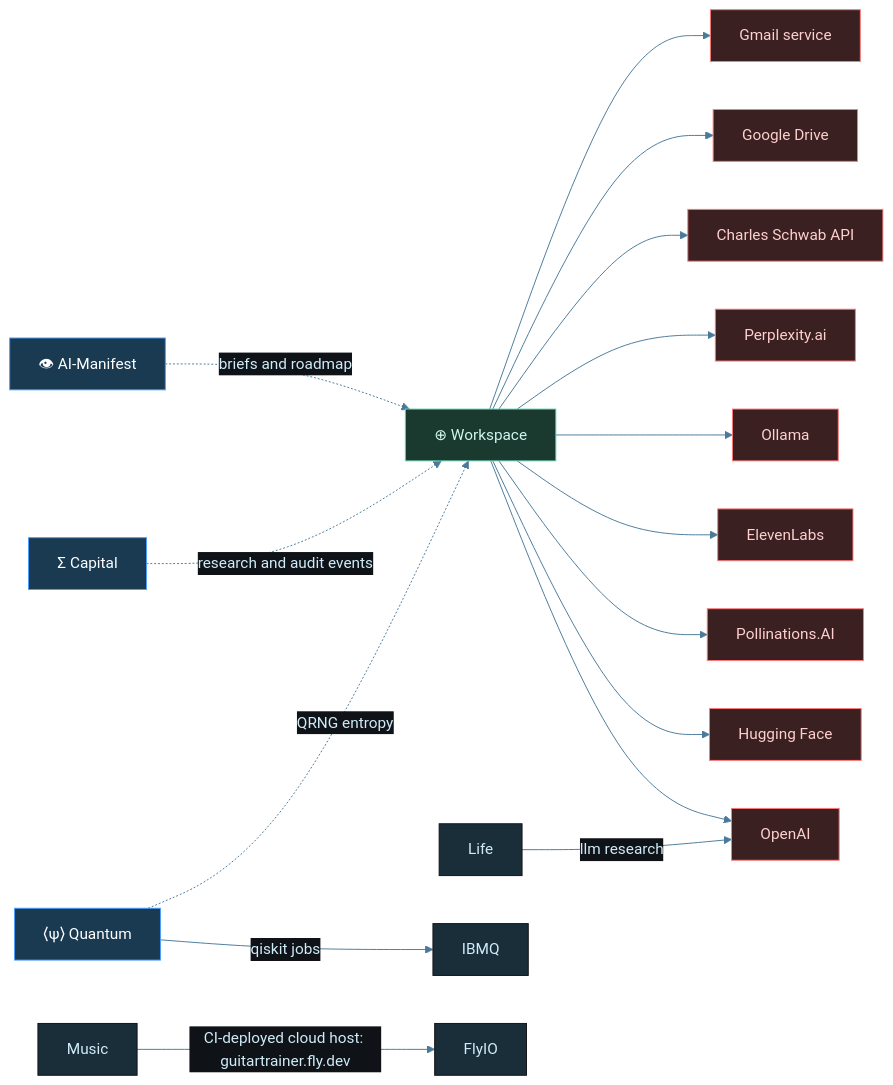
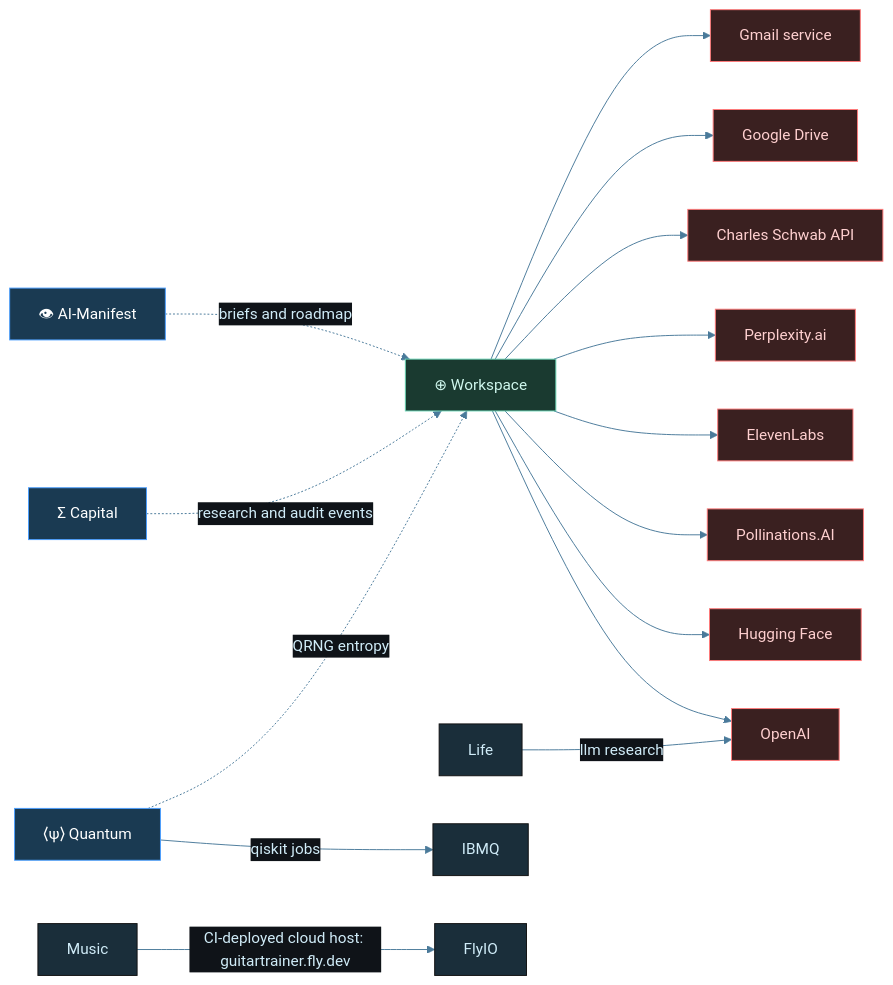
The diagram in diagrams/workspace-derived-services.mmd (tylerdrakemusic/-Workspace), drawn with Mermaid before and after one commit. The commit also changed 9 other files, not shown here.

Commit message:
⊕ workspace: FR-20260909 retire Ollama workspace-wide

```diff
--- a/diagrams/workspace-derived-services.mmd
+++ b/diagrams/workspace-derived-services.mmd
@@ -1,25 +1,24 @@
 %%{init: {'theme': 'base', 'themeVariables': {'primaryColor': '#1a2e3a', 'primaryTextColor': '#d0ecf8', 'edgeLabelBackground': '#0f1318', 'lineColor': '#4a7a9a'}}}%%
 %% is_derived_view=true
 %% Traceability.parent: diagrams/workspace-integrations.mmd
 graph LR
     Workspace[⊕ Workspace] --> OpenAI[OpenAI]
     Life -->|llm research| OpenAI
     Music -->|CI-deployed cloud host: guitartrainer.fly.dev| FlyIO
     Quantum -->|qiskit jobs| IBMQ
     Workspace --> HF[Hugging Face]
     Workspace --> Pollinations[Pollinations.AI]
     Workspace --> ElevenLabs[ElevenLabs]
-    Workspace --> Ollama[Ollama]
     Workspace --> Perplexity[Perplexity.ai]
     Workspace --> Schwab[Charles Schwab API]
     Workspace --> GDrive[Google Drive]
     Workspace --> Gmail[Gmail service]
     Quantum[⟨ψ⟩ Quantum] -.->|QRNG entropy| Workspace
     Capital[Σ Capital] -.->|research and audit events| Workspace
     Manifest[👁 AI-Manifest] -.->|briefs and roadmap| Workspace
     class Workspace ws
     class Quantum,Capital,Manifest orch
-    class OpenAI,HF,Pollinations,ElevenLabs,Ollama,Perplexity,Schwab,GDrive,Gmail ext
+    class OpenAI,HF,Pollinations,ElevenLabs,Perplexity,Schwab,GDrive,Gmail ext
 classDef orch fill:#1a3a52,stroke:#4a9eff,color:#fff
 classDef ws fill:#1a3a30,stroke:#6ad4b4,color:#d0f8ee
 classDef ext fill:#3a2020,stroke:#ff7a7a,color:#ffd0d0
```
